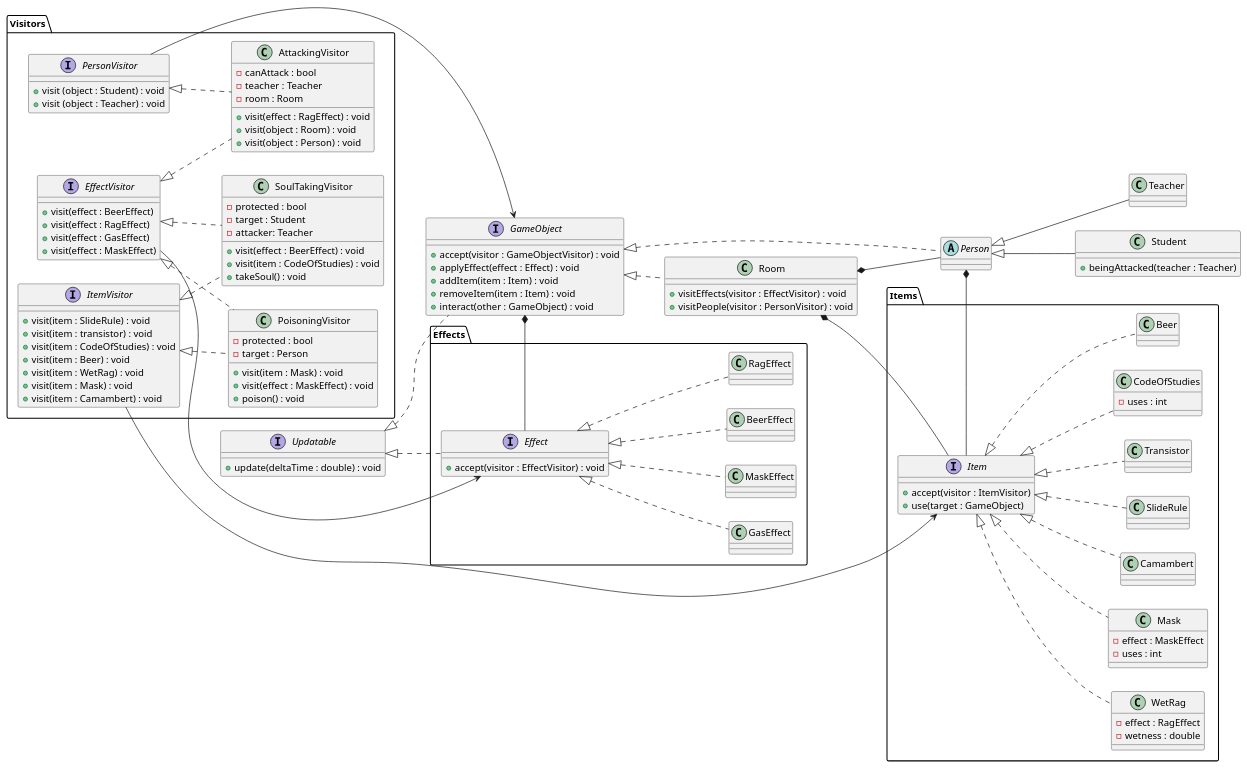
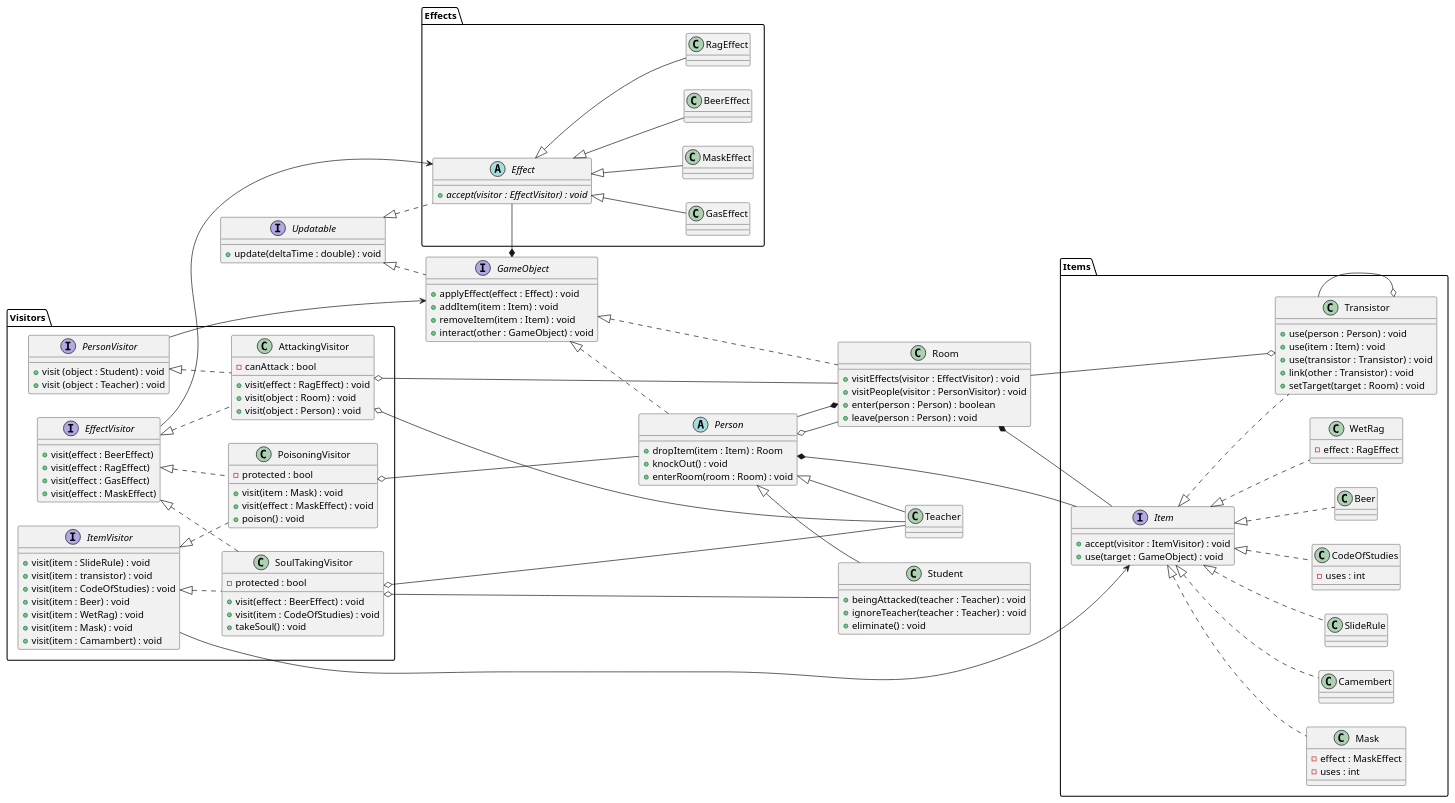
Before and after one commit to sn4k3ch4rm3r/logarlec: the diagram in docs/diagrams/class/effects.puml, drawn with PlantUML. The commit also changed 1 other file, not shown here.

```diff
--- a/docs/diagrams/class/effects.puml
+++ b/docs/diagrams/class/effects.puml
@@ -1,159 +1,178 @@
 @startuml effects
 
 left to right direction
 
 interface Updatable {
 	+ update(deltaTime : double) : void
 }
 
 package Visitors {
 	interface EffectVisitor {
 		+ visit(effect : BeerEffect)
 		+ visit(effect : RagEffect)
 		+ visit(effect : GasEffect)
 		+ visit(effect : MaskEffect)
 	}
 	interface ItemVisitor {
 		+ visit(item : SlideRule) : void
 		+ visit(item : transistor) : void
 		+ visit(item : CodeOfStudies) : void
 		+ visit(item : Beer) : void
 		+ visit(item : WetRag) : void
 		+ visit(item : Mask) : void
 		+ visit(item : Camambert) : void
 	}
 	interface PersonVisitor {
 		+ visit (object : Student) : void
 		+ visit (object : Teacher) : void
 	}
 
 	class SoulTakingVisitor {
 		- protected : bool
-		- target : Student
-		- attacker: Teacher
 		+ visit(effect : BeerEffect) : void
 		+ visit(item : CodeOfStudies) : void
 		+ takeSoul() : void
 	}
 	class PoisoningVisitor {
 		- protected : bool
-		- target : Person
 		+ visit(item : Mask) : void
 		+ visit(effect : MaskEffect) : void
 		+ poison() : void
 	}
 	class AttackingVisitor {
 		- canAttack : bool
-		- teacher : Teacher
-		- room : Room
 		+ visit(effect : RagEffect) : void
 		+ visit(object : Room) : void
 		+ visit(object : Person) : void
 	}
 }
 
 interface GameObject {
-	+ accept(visitor : GameObjectVisitor) : void
 	+ applyEffect(effect : Effect) : void
 	+ addItem(item : Item) : void
 	+ removeItem(item : Item) : void
 	+ interact(other : GameObject) : void
 }
 
 abstract Person {
+	+ dropItem(item : Item) : Room
+	+ knockOut() : void
+	+ enterRoom(room : Room) : void
 }
 
 class Student {
-	+ beingAttacked(teacher : Teacher)
+	+ beingAttacked(teacher : Teacher) : void
+	+ ignoreTeacher(teacher : Teacher) : void
+	+ eliminate() : void
 }
 class Teacher {
 	
 }
 
 
 class Room {
 	+ visitEffects(visitor : EffectVisitor) : void
 	+ visitPeople(visitor : PersonVisitor) : void
+	+ enter(person : Person) : boolean
+	+ leave(person : Person) : void
 }
 
 package Items {
 	interface Item {
-		+ accept(visitor : ItemVisitor)
-		+ use(target : GameObject)
+		+ accept(visitor : ItemVisitor) : void
+		+ use(target : GameObject) : void
 	}
 	class SlideRule
-	class Transistor
+	class Transistor {
+		+ use(person : Person) : void
+		+ use(item : Item) : void
+		+ use(transistor : Transistor) : void
+		+ link(other : Transistor) : void
+		+ setTarget(target : Room) : void
+	}
 	class CodeOfStudies {
 		- uses : int
 	}
 	class Beer {
 	}
 	class WetRag {
 		- effect : RagEffect
-		- wetness : double
 	}
 	class Mask {
 		- effect : MaskEffect
 		- uses : int
 	}
-	class Camambert {
+	class Camembert {
 	}
 }
 
 package Effects {
-	interface Effect {
-		+ accept(visitor : EffectVisitor) : void
+	abstract Effect {
+		{abstract} + accept(visitor : EffectVisitor) : void
+
 	}
 
-	class BeerEffect 
+	class BeerEffect
 	class RagEffect
 	class GasEffect
 	class MaskEffect
 }
 
 together {
-	Effect <|.- BeerEffect
-	Effect <|.- RagEffect
-	Effect <|.- GasEffect
-	Effect <|.- MaskEffect
+	Effect <|-- BeerEffect
+	Effect <|-- RagEffect
+	Effect <|-- GasEffect
+	Effect <|-- MaskEffect
 }
 
 together {
 	Item <|.- SlideRule
 	Item <|.- Transistor
 	Item <|.- CodeOfStudies
 	Item <|.- Beer
 	Item <|.- WetRag
 	Item <|.- Mask
-	Item <|.- Camambert
+	Item <|.- Camembert
 }
 
 Updatable <|.- GameObject
 Updatable <|.- Effect
 GameObject <|.- Person
 GameObject <|.- Room
 Person <|-- Teacher
 Person <|-- Student
 
 
 GameObject *- Effect
 
 Room *-- Person
 Room *-- Item
 
 Person *- Item
 
 ItemVisitor <|.- SoulTakingVisitor
 EffectVisitor <|.- SoulTakingVisitor
 
 ItemVisitor <|.- PoisoningVisitor
 EffectVisitor <|.- PoisoningVisitor
 
 EffectVisitor <|.- AttackingVisitor
 PersonVisitor <|.- AttackingVisitor
 
 PersonVisitor ---> GameObject
 EffectVisitor ---> Effect
 ItemVisitor ---> Item
 
+Transistor --o Transistor
+Room --o Transistor
+
+SoulTakingVisitor o-- Teacher
+SoulTakingVisitor o-- Student
+
+PoisoningVisitor o-- Person
+
+AttackingVisitor o-- Teacher
+AttackingVisitor o-- Room
+
+Person o-- Room
 @enduml
```
